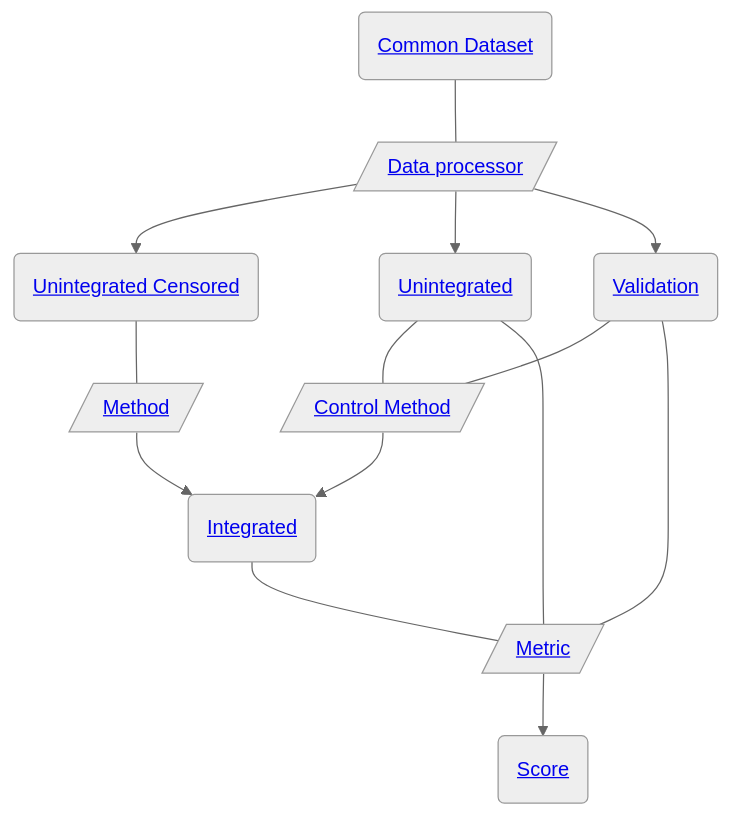
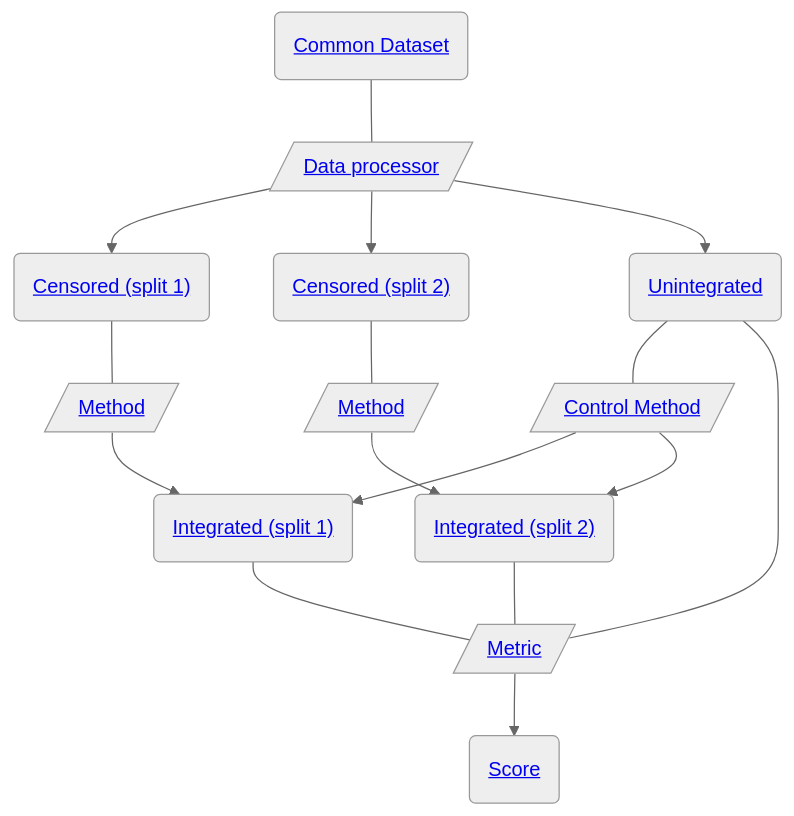
Before and after one commit to openproblems-bio/task_cyto_batch_integration: the diagram in README.md, drawn with Mermaid (neutral theme). The commit also changed other lines of this file and 61 other files, not shown here.

````diff
--- a/README.md
+++ b/README.md
@@ -45,26 +45,30 @@
 ``` mermaid
 flowchart TB
   file_common_dataset("<a href='https://github.com/openproblems-bio/task_cyto_batch_integration#file-format-common-dataset'>Common Dataset</a>")
   comp_data_processor[/"<a href='https://github.com/openproblems-bio/task_cyto_batch_integration#component-type-data-processor'>Data processor</a>"/]
-  file_unintegrated_censored("<a href='https://github.com/openproblems-bio/task_cyto_batch_integration#file-format-unintegrated-censored'>Unintegrated Censored</a>")
+  file_censored_split1("<a href='https://github.com/openproblems-bio/task_cyto_batch_integration#file-format-censored--split-1-'>Censored (split 1)</a>")
+  file_censored_split2("<a href='https://github.com/openproblems-bio/task_cyto_batch_integration#file-format-censored--split-2-'>Censored (split 2)</a>")
   file_unintegrated("<a href='https://github.com/openproblems-bio/task_cyto_batch_integration#file-format-unintegrated'>Unintegrated</a>")
-  file_validation("<a href='https://github.com/openproblems-bio/task_cyto_batch_integration#file-format-validation'>Validation</a>")
   comp_method[/"<a href='https://github.com/openproblems-bio/task_cyto_batch_integration#component-type-method'>Method</a>"/]
+  comp_method_split2[/"<a href='https://github.com/openproblems-bio/task_cyto_batch_integration#component-type-method'>Method</a>"/]
   comp_control_method[/"<a href='https://github.com/openproblems-bio/task_cyto_batch_integration#component-type-control-method'>Control Method</a>"/]
   comp_metric[/"<a href='https://github.com/openproblems-bio/task_cyto_batch_integration#component-type-metric'>Metric</a>"/]
-  file_integrated("<a href='https://github.com/openproblems-bio/task_cyto_batch_integration#file-format-integrated'>Integrated</a>")
+  file_integrated_split1("<a href='https://github.com/openproblems-bio/task_cyto_batch_integration#file-format-integrated--split-1-'>Integrated (split 1)</a>")
+  file_integrated_split2("<a href='https://github.com/openproblems-bio/task_cyto_batch_integration#file-format-integrated--split-2-'>Integrated (split 2)</a>")
   file_score("<a href='https://github.com/openproblems-bio/task_cyto_batch_integration#file-format-score'>Score</a>")
   file_common_dataset---comp_data_processor
-  comp_data_processor-->file_unintegrated_censored
+  comp_data_processor-->file_censored_split1
+  comp_data_processor-->file_censored_split2
   comp_data_processor-->file_unintegrated
-  comp_data_processor-->file_validation
-  file_unintegrated_censored---comp_method
+  file_censored_split1---comp_method
+  file_censored_split2---comp_method_split2
   file_unintegrated---comp_control_method
   file_unintegrated---comp_metric
-  file_validation---comp_control_method
-  file_validation---comp_metric
-  comp_method-->file_integrated
-  comp_control_method-->file_integrated
+  comp_method-->file_integrated_split1
+  comp_method_split2-->file_integrated_split2
+  comp_control_method-->file_integrated_split1
+  comp_control_method-->file_integrated_split2
   comp_metric-->file_score
-  file_integrated---comp_metric
+  file_integrated_split1---comp_metric
+  file_integrated_split2---comp_metric
 ```
````
